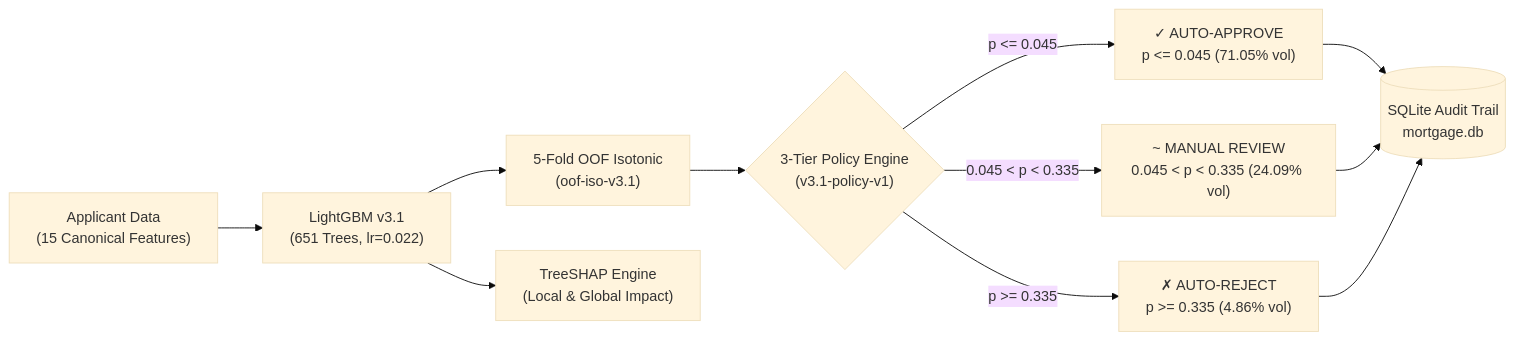
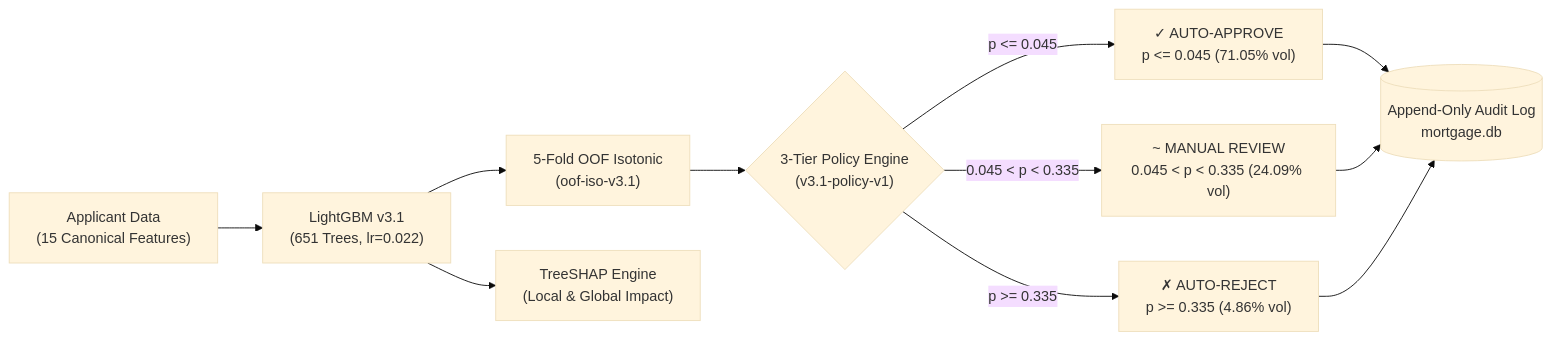
The diagram in README.md (Gaurav-Ojha65/Mortgage_AI), drawn with Mermaid (base theme) before and after one commit. The commit also changed other lines of this file and 6 other files, not shown here.

````diff
--- a/README.md
+++ b/README.md
@@ -26,21 +29,21 @@
 ```mermaid
 flowchart LR
     Applicant["Applicant Data<br/>(15 Canonical Features)"]
     LGBM["LightGBM v3.1<br/>(651 Trees, lr=0.022)"]
     Calib["5-Fold OOF Isotonic<br/>(oof-iso-v3.1)"]
     SHAP["TreeSHAP Engine<br/>(Local & Global Impact)"]
     Policy{"3-Tier Policy Engine<br/>(v3.1-policy-v1)"}
     Approve["✓ AUTO-APPROVE<br/>p <= 0.045 (71.05% vol)"]
     Review["~ MANUAL REVIEW<br/>0.045 < p < 0.335 (24.09% vol)"]
     Reject["✗ AUTO-REJECT<br/>p >= 0.335 (4.86% vol)"]
-    Audit[("SQLite Audit Trail<br/>mortgage.db")]
+    Audit[("Append-Only Audit Log<br/>mortgage.db")]
 
     Applicant --> LGBM --> Calib --> Policy
     LGBM --> SHAP
     Policy -->|p <= 0.045| Approve
     Policy -->|0.045 < p < 0.335| Review
     Policy -->|p >= 0.335| Reject
     Approve --> Audit
     Review --> Audit
     Reject --> Audit
 ```
````
